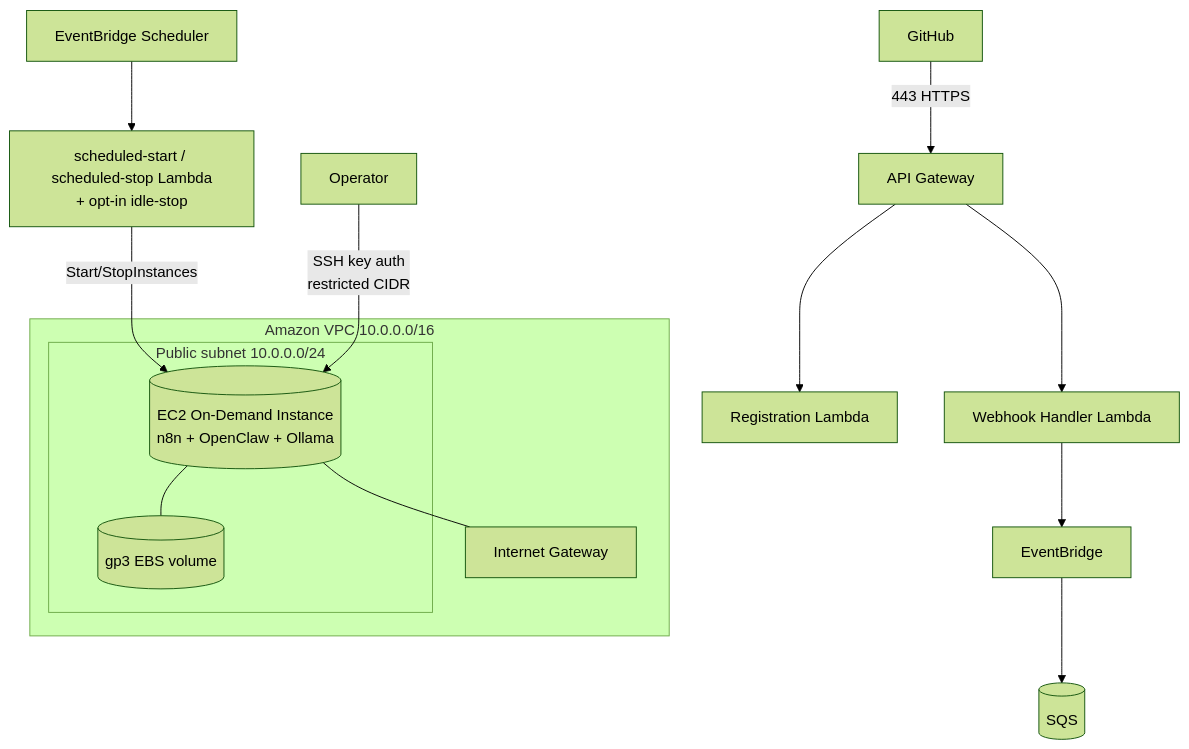
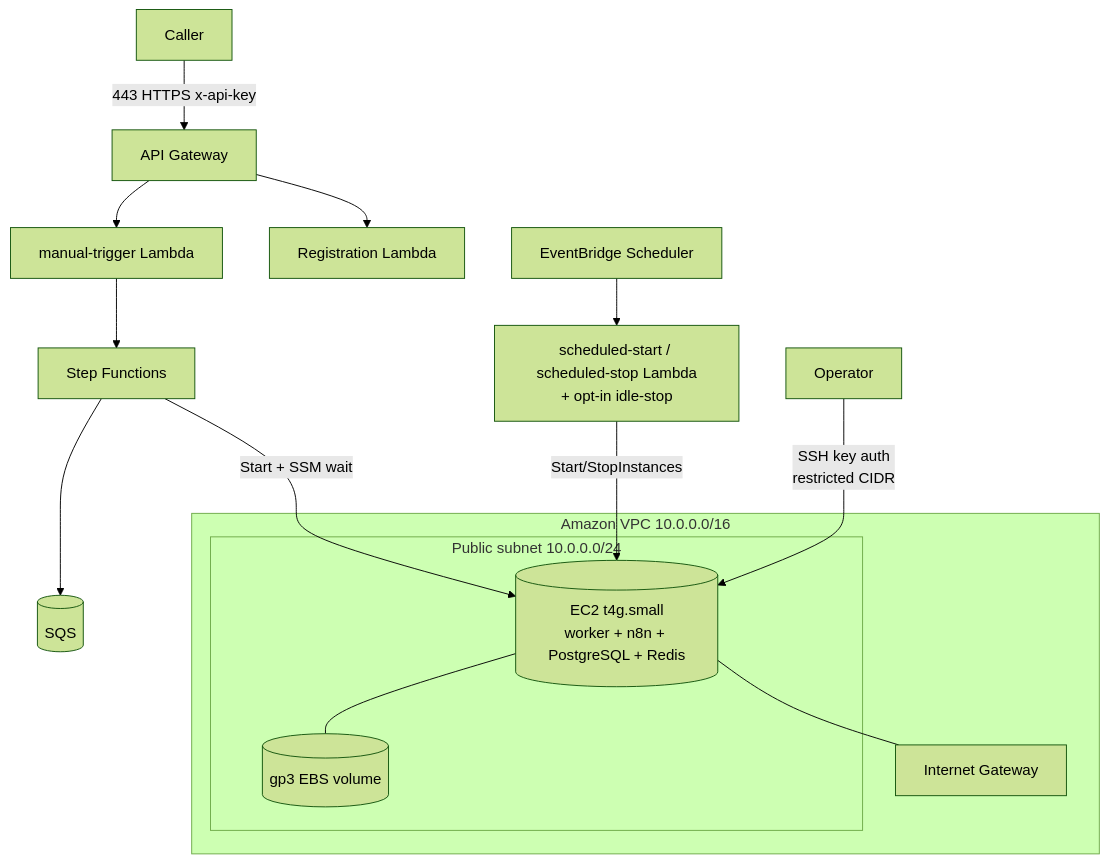
Before and after one commit to teddynted/ai-github-repository-blog-generator: the fifth of 8 diagrams in docs/architecture.md, drawn with Mermaid (forest theme). The commit also changed other lines of this file, not shown here.

First line of the commit message:
docs(architecture): rewrite for /process → Step Functions → Provider Router (Stage D)

````diff
--- a/docs/architecture.md
+++ b/docs/architecture.md
@@ -206,20 +208,21 @@
 ```mermaid
 flowchart TB
-    GH[GitHub] -->|443 HTTPS| APIGW[API Gateway]
-    APIGW --> LH[Webhook Handler Lambda]
+    CAL[Caller] -->|443 HTTPS x-api-key| APIGW[API Gateway]
+    APIGW --> LT[manual-trigger Lambda]
     APIGW --> RL[Registration Lambda]
-    LH --> EB[EventBridge]
-    EB --> SQS[(SQS)]
+    LT --> SFN[Step Functions]
+    SFN --> SQS[(SQS)]
     SCH[EventBridge Scheduler] --> PWR[scheduled-start / scheduled-stop Lambda<br/>+ opt-in idle-stop]
     subgraph VPC["Amazon VPC 10.0.0.0/16"]
         IGW[Internet Gateway]
         subgraph Public["Public subnet 10.0.0.0/24"]
-            EC2[(EC2 On-Demand Instance<br/>n8n + OpenClaw + Ollama)]
+            EC2[(EC2 t4g.small<br/>worker + n8n + PostgreSQL + Redis)]
             EBS[(gp3 EBS volume)]
         end
     end
+    SFN -->|Start + SSM wait| EC2
     PWR -->|Start/StopInstances| EC2
     EC2 --- EBS
     EC2 --- IGW
     ADMIN[Operator] -->|SSH key auth<br/>restricted CIDR| EC2
 ```
````
